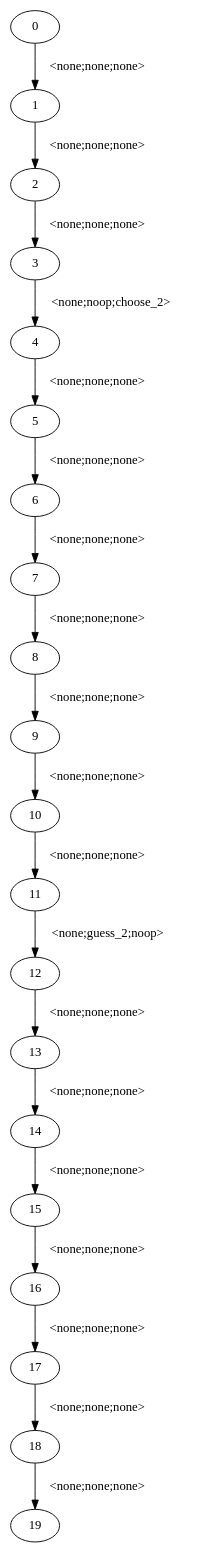
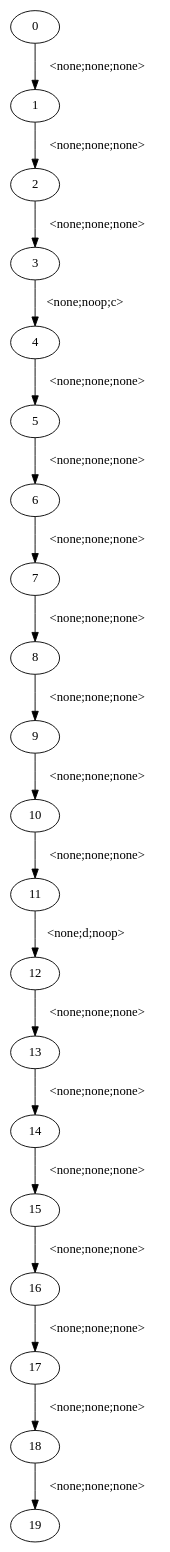
The diagram in formula1.dot (hharryyf/gdl-ii2slk), drawn with Graphviz before and after one commit. The commit also changed 8 other files, not shown here.

```diff
--- a/formula1.dot
+++ b/formula1.dot
@@ -1,41 +1,41 @@
 digraph witness0 {
  0 [label="0",shape=ellipse]
  1 [label="1",shape=ellipse]
  2 [label="2",shape=ellipse]
  3 [label="3",shape=ellipse]
  4 [label="4",shape=ellipse]
  5 [label="5",shape=ellipse]
  6 [label="6",shape=ellipse]
  7 [label="7",shape=ellipse]
  8 [label="8",shape=ellipse]
  9 [label="9",shape=ellipse]
  10 [label="10",shape=ellipse]
  11 [label="11",shape=ellipse]
  12 [label="12",shape=ellipse]
  13 [label="13",shape=ellipse]
  14 [label="14",shape=ellipse]
  15 [label="15",shape=ellipse]
  16 [label="16",shape=ellipse]
  17 [label="17",shape=ellipse]
  18 [label="18",shape=ellipse]
  19 [label="19",shape=ellipse]
     0 -> 1[label="<none;none;none>"]
     1 -> 2[label="<none;none;none>"]
     2 -> 3[label="<none;none;none>"]
-    3 -> 4[label="<none;noop;choose_2>"]
+    3 -> 4[label="<none;noop;c>"]
     4 -> 5[label="<none;none;none>"]
     5 -> 6[label="<none;none;none>"]
     6 -> 7[label="<none;none;none>"]
     7 -> 8[label="<none;none;none>"]
     8 -> 9[label="<none;none;none>"]
     9 -> 10[label="<none;none;none>"]
     10 -> 11[label="<none;none;none>"]
-    11 -> 12[label="<none;guess_2;noop>"]
+    11 -> 12[label="<none;d;noop>"]
     12 -> 13[label="<none;none;none>"]
     13 -> 14[label="<none;none;none>"]
     14 -> 15[label="<none;none;none>"]
     15 -> 16[label="<none;none;none>"]
     16 -> 17[label="<none;none;none>"]
     17 -> 18[label="<none;none;none>"]
     18 -> 19[label="<none;none;none>"]
 }
```
